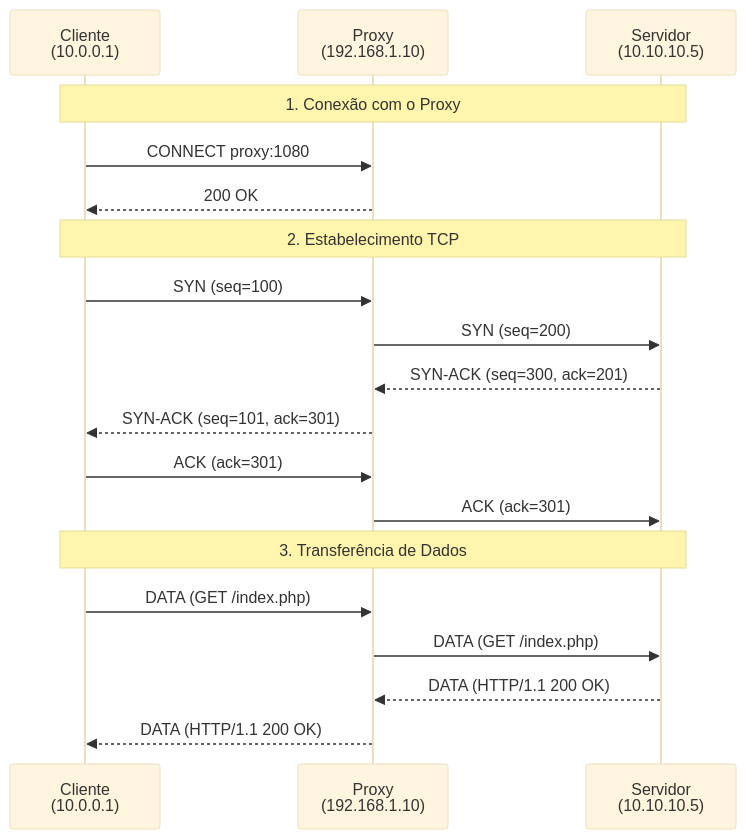
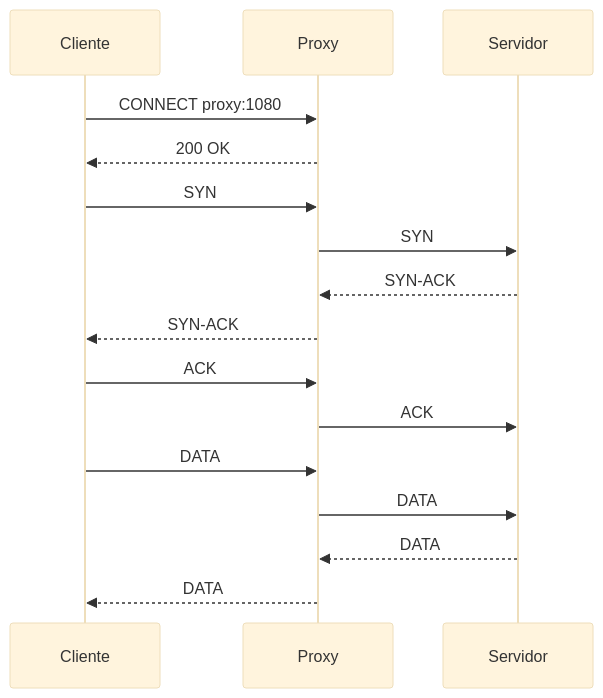
Before and after one commit to Guilherme-alexander/CyberSecurity: the seventh of 20 diagrams in RedTeam/Guia_Pivoting/pivoting.md, drawn with Mermaid (base theme). The commit also changed other lines of this file, not shown here.

````diff
--- a/RedTeam/Guia_Pivoting/pivoting.md
+++ b/RedTeam/Guia_Pivoting/pivoting.md
@@ -337,24 +150,19 @@
 ```mermaid
 sequenceDiagram
-    participant C as Cliente<br/>(10.0.0.1)
-    participant P as Proxy<br/>(192.168.1.10)
-    participant S as Servidor<br/>(10.10.10.5)
+    participant C as Cliente
+    participant P as Proxy
+    participant S as Servidor
     
-    Note over C,S: 1. Conexão com o Proxy
     C->>P: CONNECT proxy:1080
     P-->>C: 200 OK
-    
-    Note over C,S: 2. Estabelecimento TCP
-    C->>P: SYN (seq=100)
-    P->>S: SYN (seq=200)
-    S-->>P: SYN-ACK (seq=300, ack=201)
-    P-->>C: SYN-ACK (seq=101, ack=301)
-    C->>P: ACK (ack=301)
-    P->>S: ACK (ack=301)
-    
-    Note over C,S: 3. Transferência de Dados
-    C->>P: DATA (GET /index.php)
-    P->>S: DATA (GET /index.php)
-    S-->>P: DATA (HTTP/1.1 200 OK)
-    P-->>C: DATA (HTTP/1.1 200 OK)
+    C->>P: SYN
+    P->>S: SYN
+    S-->>P: SYN-ACK
+    P-->>C: SYN-ACK
+    C->>P: ACK
+    P->>S: ACK
+    C->>P: DATA
+    P->>S: DATA
+    S-->>P: DATA
+    P-->>C: DATA
 ```
````
